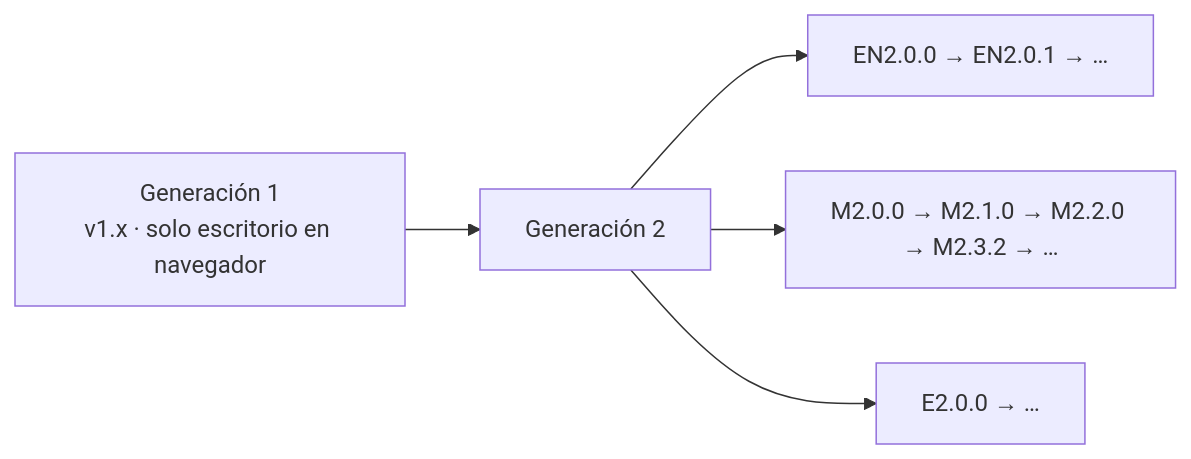
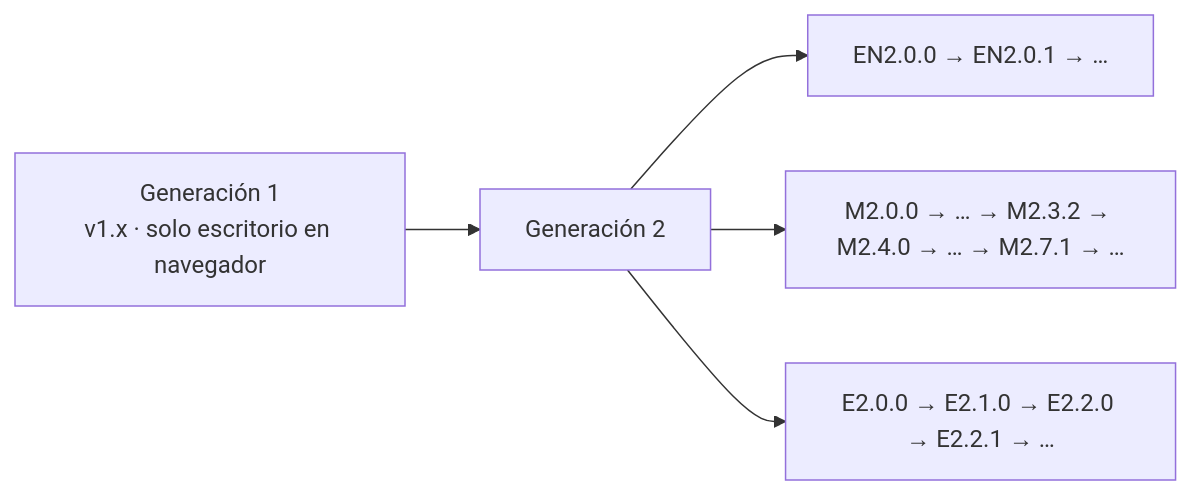
Before and after one commit to Anton-Bazh/MARC-DOC: the second of 2 diagrams in 10 Ediciones y versiones.md, drawn with Mermaid. The commit also changed other lines of this file and 4 other files, not shown here.

````diff
--- a/10 Ediciones y versiones.md
+++ b/10 Ediciones y versiones.md
@@ -72,7 +71,7 @@
 ```mermaid
 flowchart LR
     G1["Generación 1<br/>v1.x · solo escritorio en navegador"] --> G2["Generación 2"]
     G2 --> EN2["EN2.0.0 → EN2.0.1 → …"]
-    G2 --> M2["M2.0.0 → M2.1.0 → M2.2.0 → M2.3.2 → …"]
-    G2 --> E2["E2.0.0 → …"]
+    G2 --> M2["M2.0.0 → … → M2.3.2 → M2.4.0 → … → M2.7.1 → …"]
+    G2 --> E2["E2.0.0 → E2.1.0 → E2.2.0 → E2.2.1 → …"]
 ```
````
